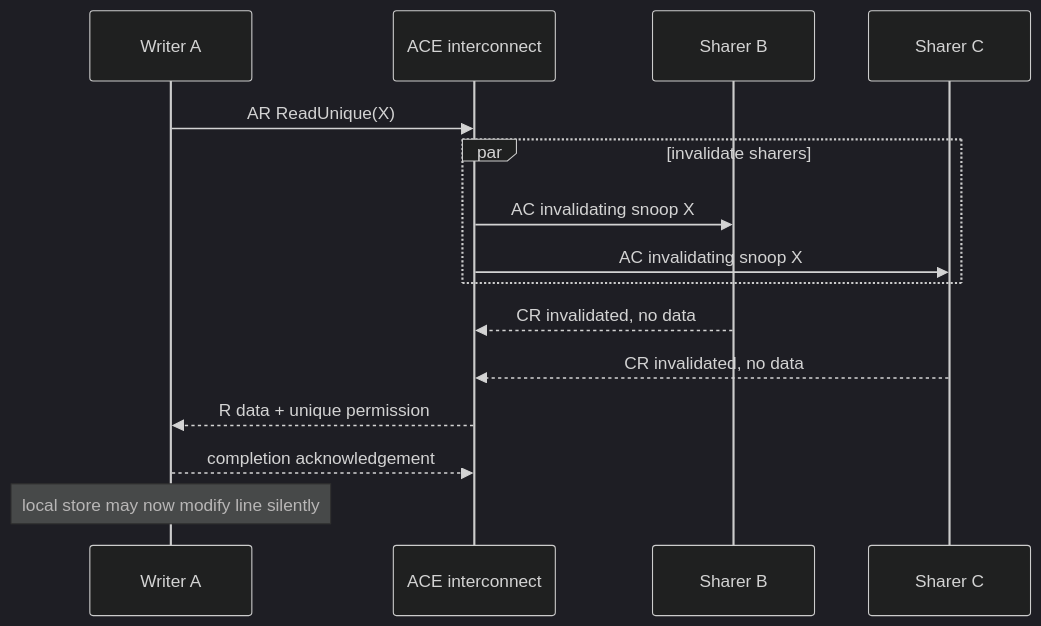
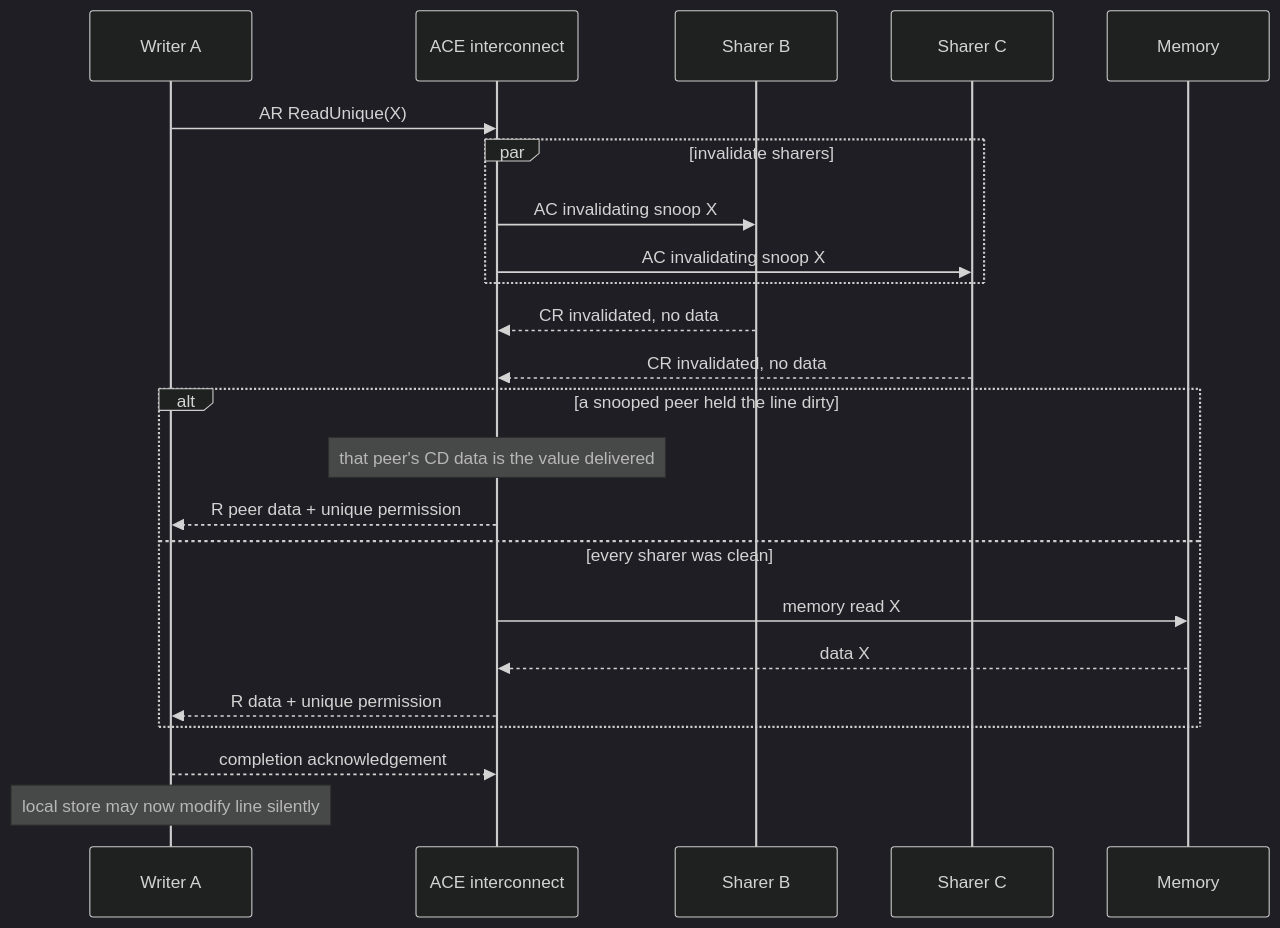
One commit to Wty2003328/silicon-design-notebook changed diagram 11 of 20 in 01_Architecture_and_PPA/01_CPU_Architecture/06_Coherence_and_Consistency/03_ACE_and_CHI.md. Above: the diagram before and after it, drawn with Mermaid (dark theme). The commit also changed other lines of this file and 50 other files, not shown here.

First line of the commit message:
Add DRAM scheduling and hands-on DRAMSim; audit every equation and figure

````diff
--- a/01_Architecture_and_PPA/01_CPU_Architecture/06_Coherence_and_Consistency/03_ACE_and_CHI.md
+++ b/01_Architecture_and_PPA/01_CPU_Architecture/06_Coherence_and_Consistency/03_ACE_and_CHI.md
@@ -765,17 +765,25 @@
 ```mermaid
 sequenceDiagram
     participant A as Writer A
     participant I as ACE interconnect
     participant B as Sharer B
     participant C as Sharer C
+    participant M as Memory
     A->>I: AR ReadUnique(X)
     par invalidate sharers
       I->>B: AC invalidating snoop X
       I->>C: AC invalidating snoop X
     end
     B-->>I: CR invalidated, no data
     C-->>I: CR invalidated, no data
-    I-->>A: R data + unique permission
+    alt a snooped peer held the line dirty
+      Note over I: that peer's CD data is the value delivered
+      I-->>A: R peer data + unique permission
+    else every sharer was clean
+      I->>M: memory read X
+      M-->>I: data X
+      I-->>A: R data + unique permission
+    end
     A-->>I: completion acknowledgement
     Note over A: local store may now modify line silently
 ```
````
